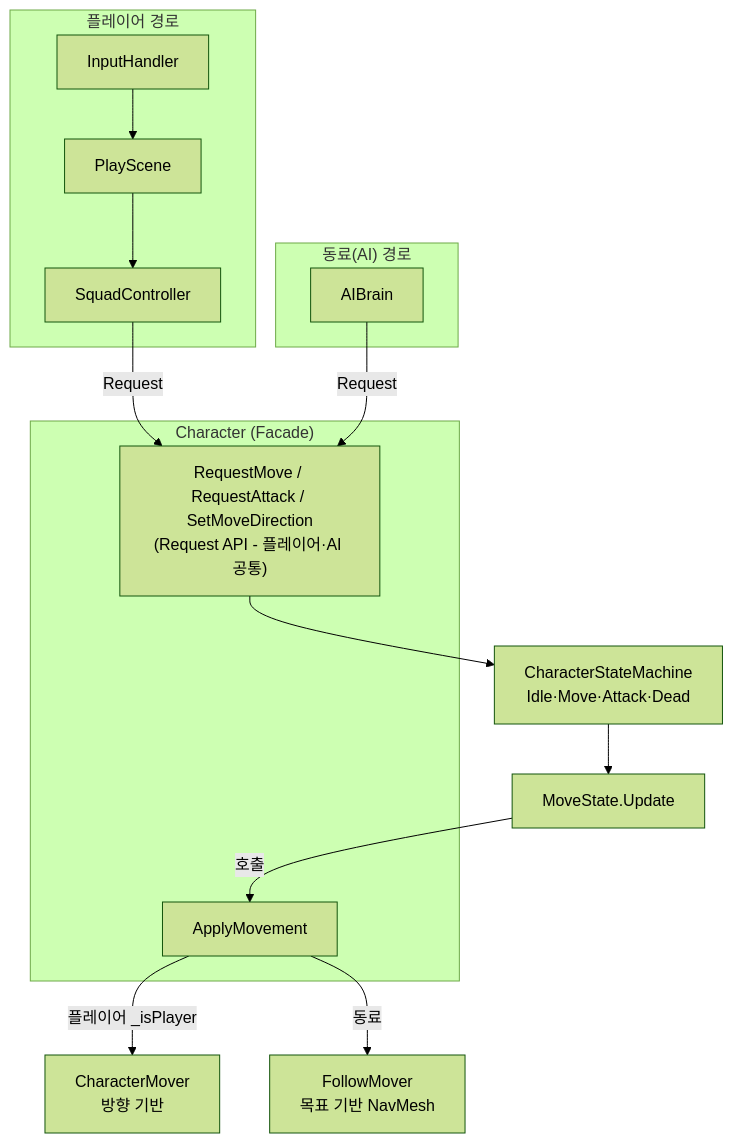
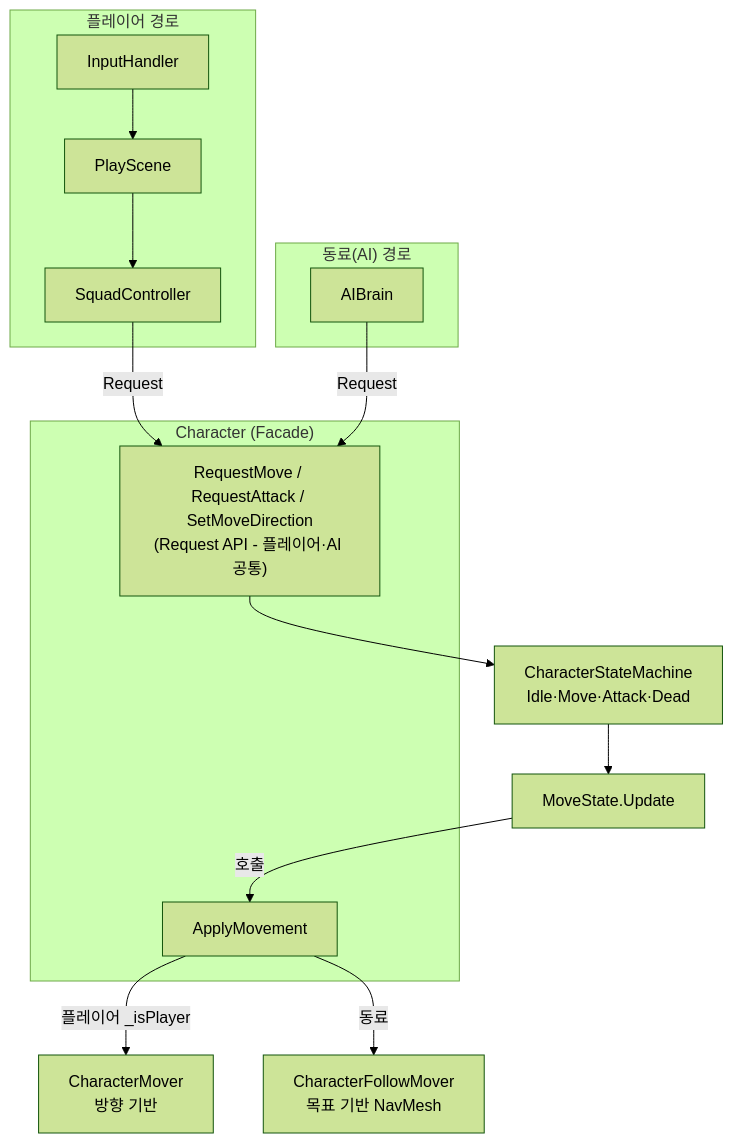
The fourth of 16 diagrams in README.md (ProgramingLanguageStudy/Project-Starfall), drawn with Mermaid (forest theme) before and after one commit. The commit also changed other lines of this file, not shown here.

````diff
--- a/README.md
+++ b/README.md
@@ -213,31 +219,31 @@
 ```mermaid
 flowchart TB
     subgraph PlayerPath["플레이어 경로"]
         InputHandler["InputHandler"]
         PlayScene["PlayScene"]
         SquadController["SquadController"]
     end
 
     subgraph AIPath["동료(AI) 경로"]
         AIBrain["AIBrain"]
     end
 
     subgraph Character["Character (Facade)"]
         API["RequestMove / RequestAttack / SetMoveDirection<br/>(Request API - 플레이어·AI 공통)"]
         ApplyMovement["ApplyMovement"]
     end
 
     StateMachine["CharacterStateMachine<br/>Idle·Move·Attack·Dead"]
     MoveState["MoveState.Update"]
     CharMover["CharacterMover<br/>방향 기반"]
-    FollowMover["FollowMover<br/>목표 기반 NavMesh"]
+    FollowMover["CharacterFollowMover<br/>목표 기반 NavMesh"]
 
     InputHandler --> PlayScene --> SquadController
     SquadController -->|Request| API
     AIBrain -->|Request| API
     API --> StateMachine
     StateMachine --> MoveState
     MoveState -->|호출| ApplyMovement
     ApplyMovement -->|"플레이어 _isPlayer"| CharMover
     ApplyMovement -->|"동료"| FollowMover
 ```
````
